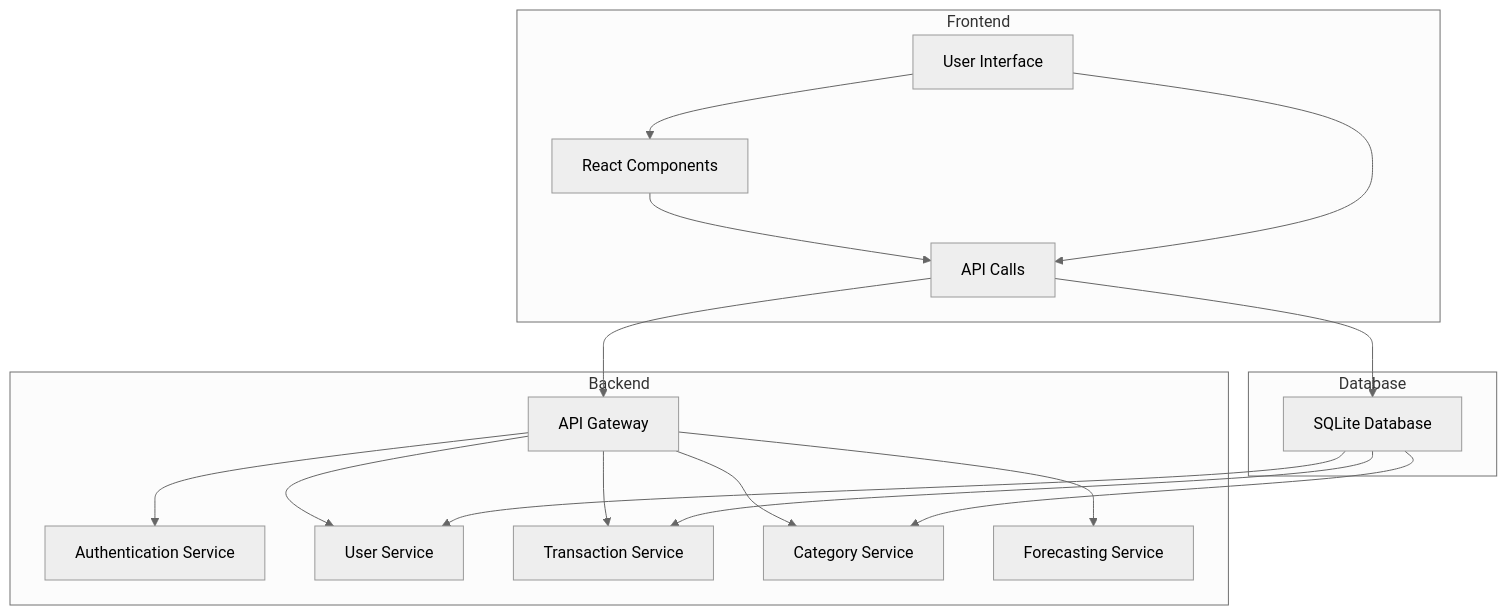
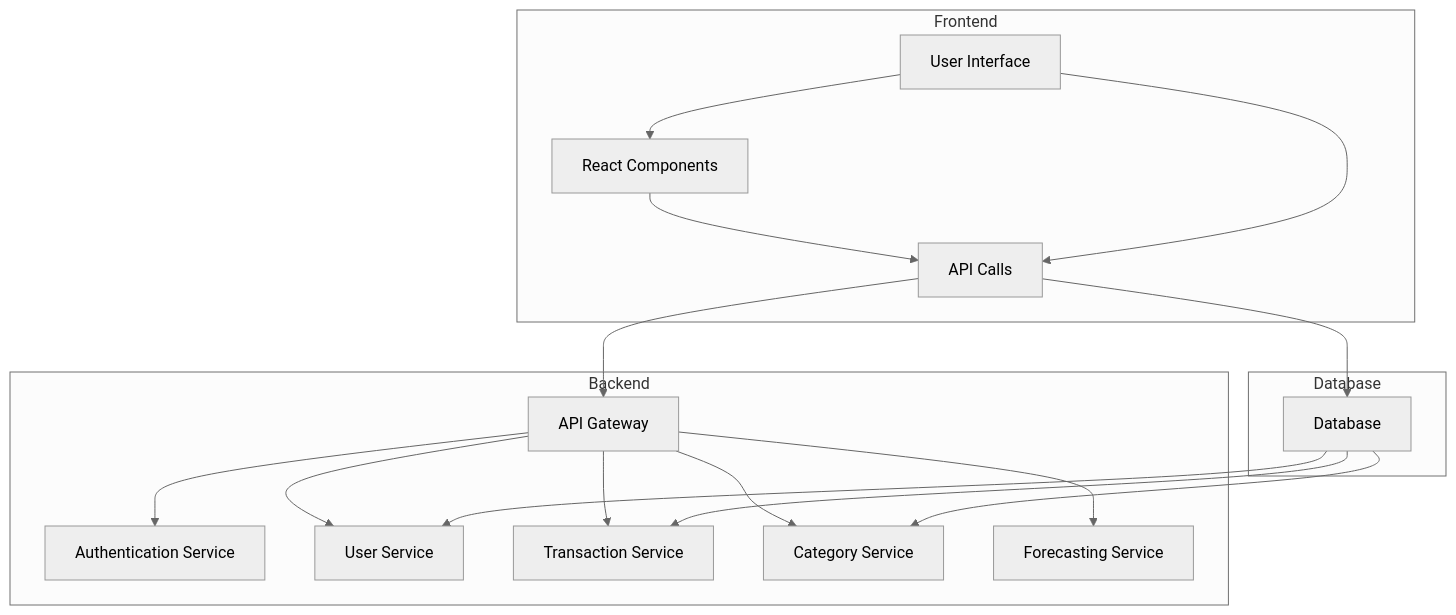
One commit to mrpateljeet/Group_3_Engineers changed the first of 2 diagrams in HighLevelDesign.md. Above: the diagram before and after it, drawn with Mermaid (neutral theme).

````diff
--- a/HighLevelDesign.md
+++ b/HighLevelDesign.md
@@ -95,30 +95,30 @@
 ```mermaid
 graph TD;
     subgraph Frontend
         A[User Interface]
         A --> B[React Components]
         B --> C[API Calls]
     end
 
     subgraph Backend
         D[API Gateway]
         D --> E[Authentication Service]
         D --> F[User Service]
         D --> G[Transaction Service]
         D --> H[Category Service]
         D --> I[Forecasting Service]
     end
 
     subgraph Database
-        J[SQLite Database]
+        J[ Database]
         J --> F
         J --> G
         J --> H
     end
 
    
 
     A --> C
     C --> D
     C --> J
 ```
````
